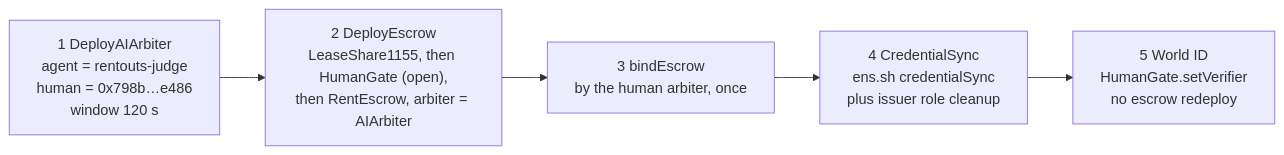
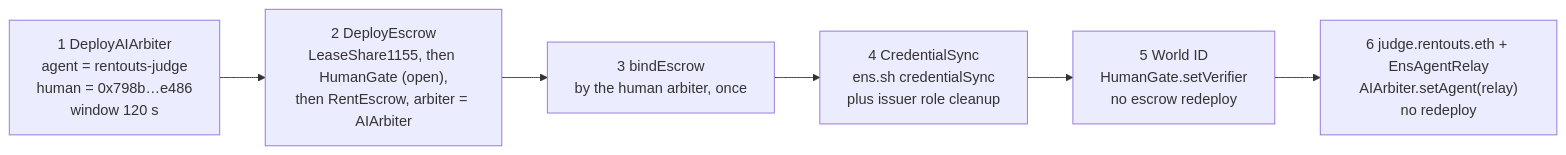
The second of 3 diagrams in docs/PLAN.md (AiAlchemist0/rentouts-escrow), drawn with Mermaid before and after one commit. The commit also changed other lines of this file and 8 other files, not shown here.

First line of the commit message:
docs: ENS gates the AI judge (live); hosted demo app URL

````diff
--- a/docs/PLAN.md
+++ b/docs/PLAN.md
@@ -132,7 +132,8 @@
 ```mermaid
 flowchart LR
     A["1 DeployAIArbiter<br/>agent = rentouts-judge<br/>human = 0x798b…e486<br/>window 120 s"] --> B["2 DeployEscrow<br/>LeaseShare1155, then HumanGate (open),<br/>then RentEscrow, arbiter = AIArbiter"]
     B --> C["3 bindEscrow<br/>by the human arbiter, once"]
     C --> D["4 CredentialSync<br/>ens.sh credentialSync<br/>plus issuer role cleanup"]
     D --> E["5 World ID<br/>HumanGate.setVerifier<br/>no escrow redeploy"]
+    E --> F["6 judge.rentouts.eth + EnsAgentRelay<br/>AIArbiter.setAgent(relay)<br/>no redeploy"]
 ```
````
